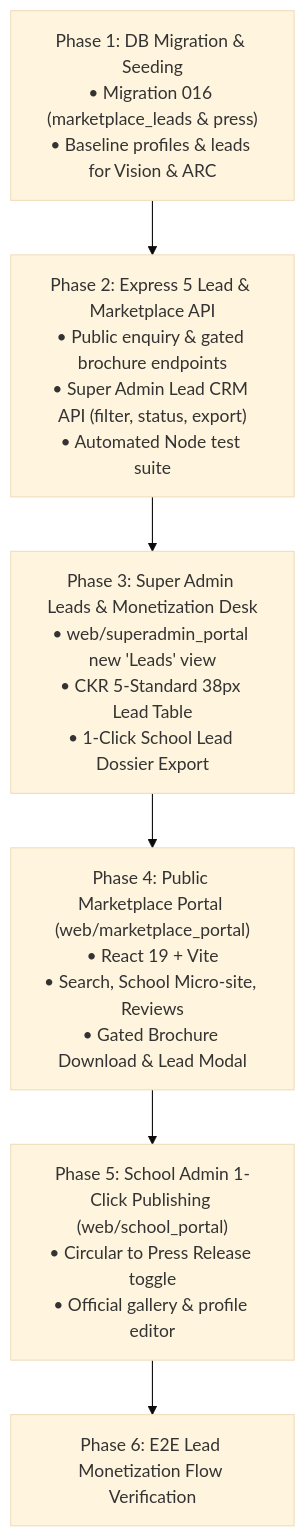
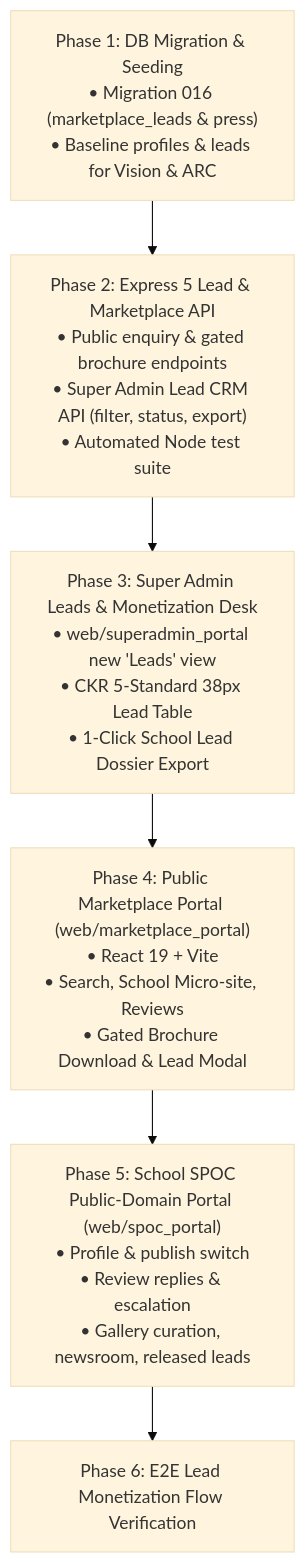
Before and after one commit to ckrtechnologies/ckr-schools-v2: the diagram in docs/USER-STORIES-WEBSITE-MARKETPLACE.md, drawn with Mermaid (base theme). The commit also changed other lines of this file and 79 other files, not shown here.

````diff
--- a/docs/USER-STORIES-WEBSITE-MARKETPLACE.md
+++ b/docs/USER-STORIES-WEBSITE-MARKETPLACE.md
@@ -169,11 +206,11 @@
 ```mermaid
 flowchart TD
     P1["Phase 1: DB Migration & Seeding<br/>• Migration 016 (marketplace_leads & press)<br/>• Baseline profiles & leads for Vision & ARC"]
     P2["Phase 2: Express 5 Lead & Marketplace API<br/>• Public enquiry & gated brochure endpoints<br/>• Super Admin Lead CRM API (filter, status, export)<br/>• Automated Node test suite"]
     P3["Phase 3: Super Admin Leads & Monetization Desk<br/>• web/superadmin_portal new 'Leads' view<br/>• CKR 5-Standard 38px Lead Table<br/>• 1-Click School Lead Dossier Export"]
     P4["Phase 4: Public Marketplace Portal (web/marketplace_portal)<br/>• React 19 + Vite<br/>• Search, School Micro-site, Reviews<br/>• Gated Brochure Download & Lead Modal"]
-    P5["Phase 5: School Admin 1-Click Publishing (web/school_portal)<br/>• Circular to Press Release toggle<br/>• Official gallery & profile editor"]
+    P5["Phase 5: School SPOC Public-Domain Portal (web/spoc_portal)<br/>• Profile & publish switch<br/>• Review replies & escalation<br/>• Gallery curation, newsroom, released leads"]
     P6["Phase 6: E2E Lead Monetization Flow Verification"]
 
     P1 --> P2 --> P3 --> P4 --> P5 --> P6
 ```
````
